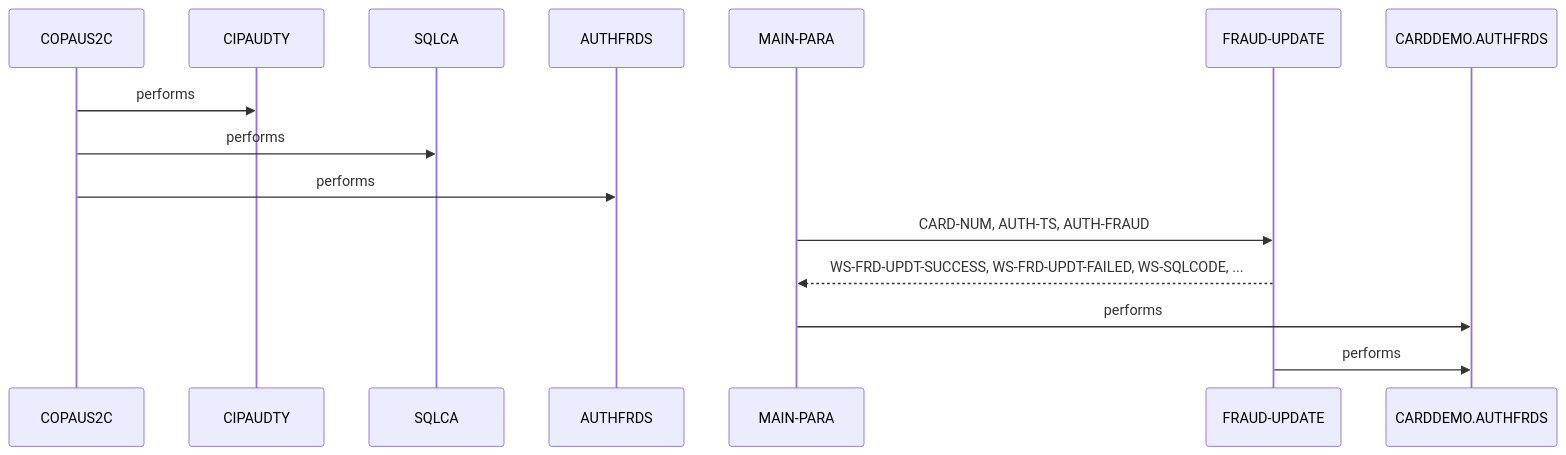
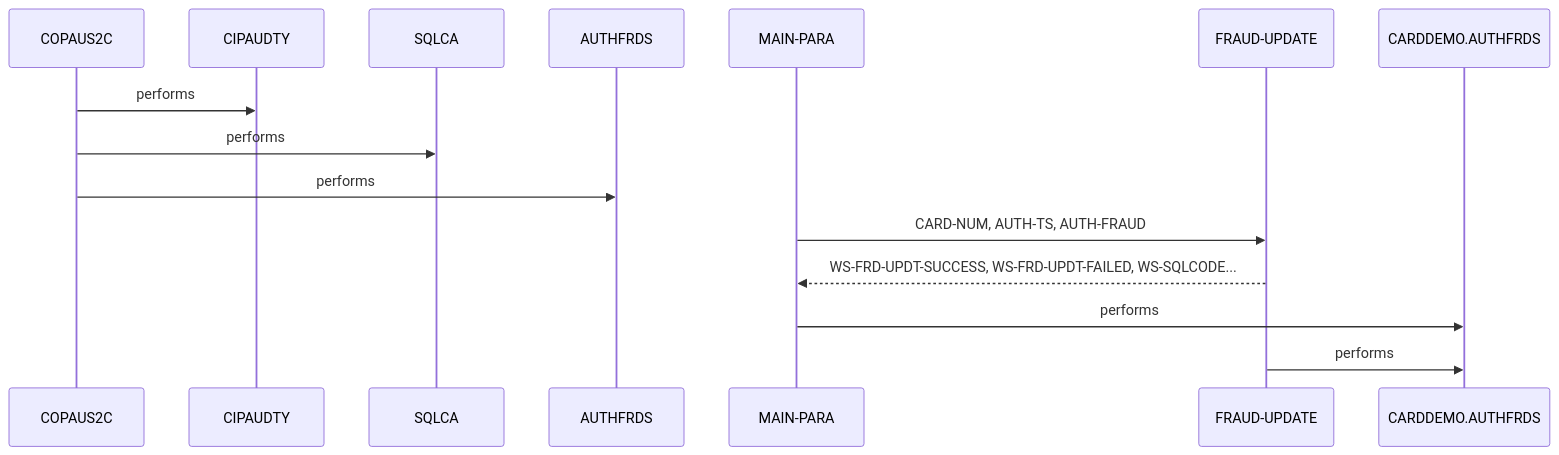
One commit to andrasfe/war_rig changed the diagram in example_output/documentation/cbl/COPAUS2C.cbl.md. Above: the diagram before and after it, drawn with Mermaid. The commit also changed other lines of this file and 35 other files, not shown here.

````diff
--- a/example_output/documentation/cbl/COPAUS2C.cbl.md
+++ b/example_output/documentation/cbl/COPAUS2C.cbl.md
@@ -65,10 +148,10 @@
 ```mermaid
 sequenceDiagram
     COPAUS2C->>CIPAUDTY: performs
     COPAUS2C->>SQLCA: performs
     COPAUS2C->>AUTHFRDS: performs
     MAIN-PARA->>FRAUD-UPDATE: CARD-NUM, AUTH-TS, AUTH-FRAUD
-    FRAUD-UPDATE-->>MAIN-PARA: WS-FRD-UPDT-SUCCESS, WS-FRD-UPDT-FAILED, WS-SQLCODE, ...
+    FRAUD-UPDATE-->>MAIN-PARA: WS-FRD-UPDT-SUCCESS, WS-FRD-UPDT-FAILED, WS-SQLCODE...
     MAIN-PARA->>CARDDEMO.AUTHFRDS: performs
     FRAUD-UPDATE->>CARDDEMO.AUTHFRDS: performs
 ```
````
